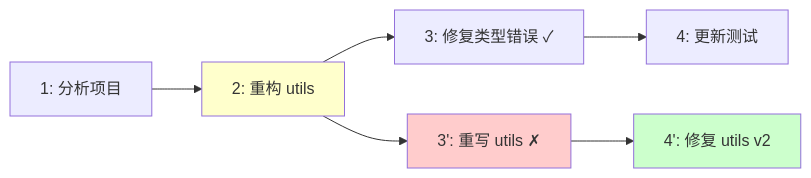
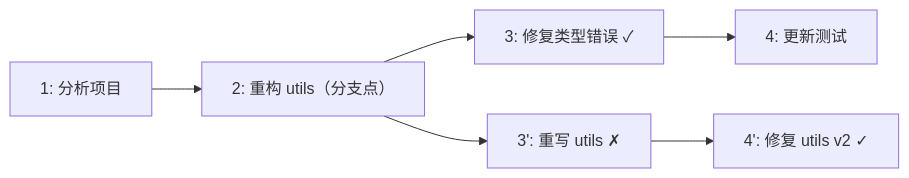
Before and after one commit to YachuanWzh/flavor-code: diagram 44 of 45 in 技术方案报告.md, drawn with Mermaid. The commit also changed other lines of this file and 6 other files, not shown here.

````diff
--- a/技术方案报告.md
+++ b/技术方案报告.md
@@ -4039,12 +4177,8 @@
 ```mermaid
 flowchart LR
-    N1["1: 分析项目"] --> N2["2: 重构 utils"]
+    N1["1: 分析项目"] --> N2["2: 重构 utils（分支点）"]
     N2 --> N3["3: 修复类型错误 ✓"]
     N2 --> N4["3': 重写 utils ✗"]
     N3 --> N5["4: 更新测试"]
-    N4 --> N6["4': 修复 utils v2"]
-
-    style N2 fill:#ffffcc
-    style N4 fill:#ffcccc
-    style N6 fill:#ccffcc
+    N4 --> N6["4': 修复 utils v2 ✓"]
 ```
````
